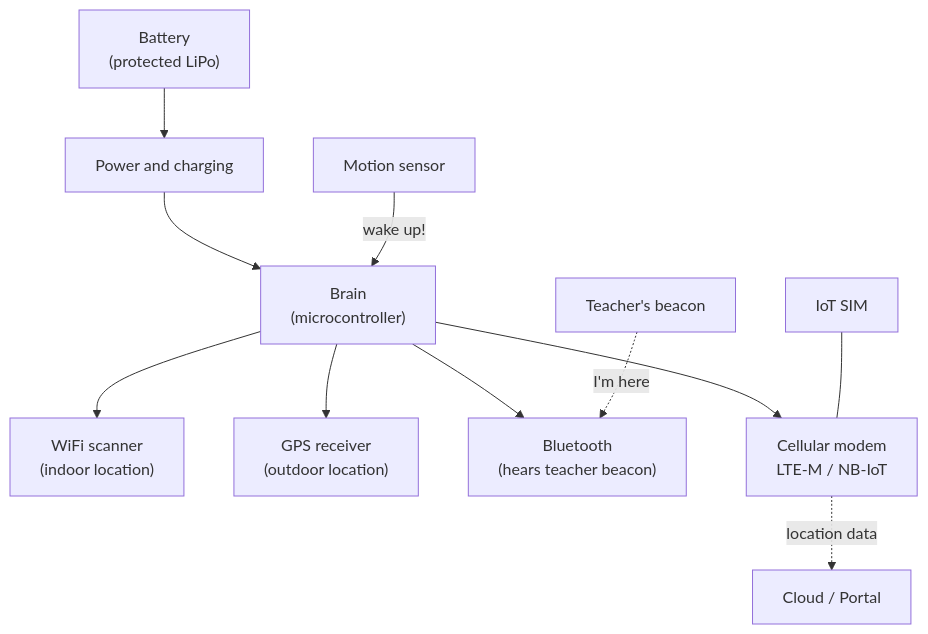
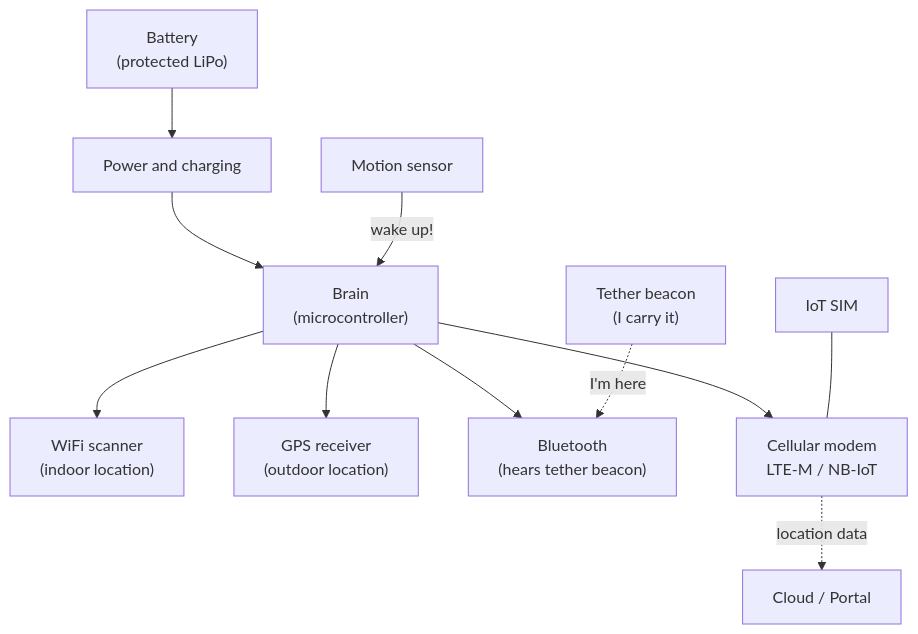
One commit to irfanali1/AssetTracker changed the diagram in website/pages/hardware.md. Above: the diagram before and after it, drawn with Mermaid. The commit also changed 7 other files, not shown here.

````diff
--- a/website/pages/hardware.md
+++ b/website/pages/hardware.md
@@ -9,13 +9,13 @@
 ```mermaid
 flowchart TD
     BAT["Battery<br/>(protected LiPo)"] --> PWR["Power and charging"]
     PWR --> MCU["Brain<br/>(microcontroller)"]
     MOT["Motion sensor"] -- "wake up!" --> MCU
     MCU --> WIFI["WiFi scanner<br/>(indoor location)"]
     MCU --> GNSS["GPS receiver<br/>(outdoor location)"]
-    MCU --> BLE["Bluetooth<br/>(hears teacher beacon)"]
+    MCU --> BLE["Bluetooth<br/>(hears tether beacon)"]
     MCU --> CELL["Cellular modem<br/>LTE-M / NB-IoT"]
     SIM["IoT SIM"] --- CELL
     CELL -. "location data" .-> CLOUD["Cloud / Portal"]
-    BEACON["Teacher's beacon"] -. "I'm here" .-> BLE
+    BEACON["Tether beacon<br/>(I carry it)"] -. "I'm here" .-> BLE
 ```
````
